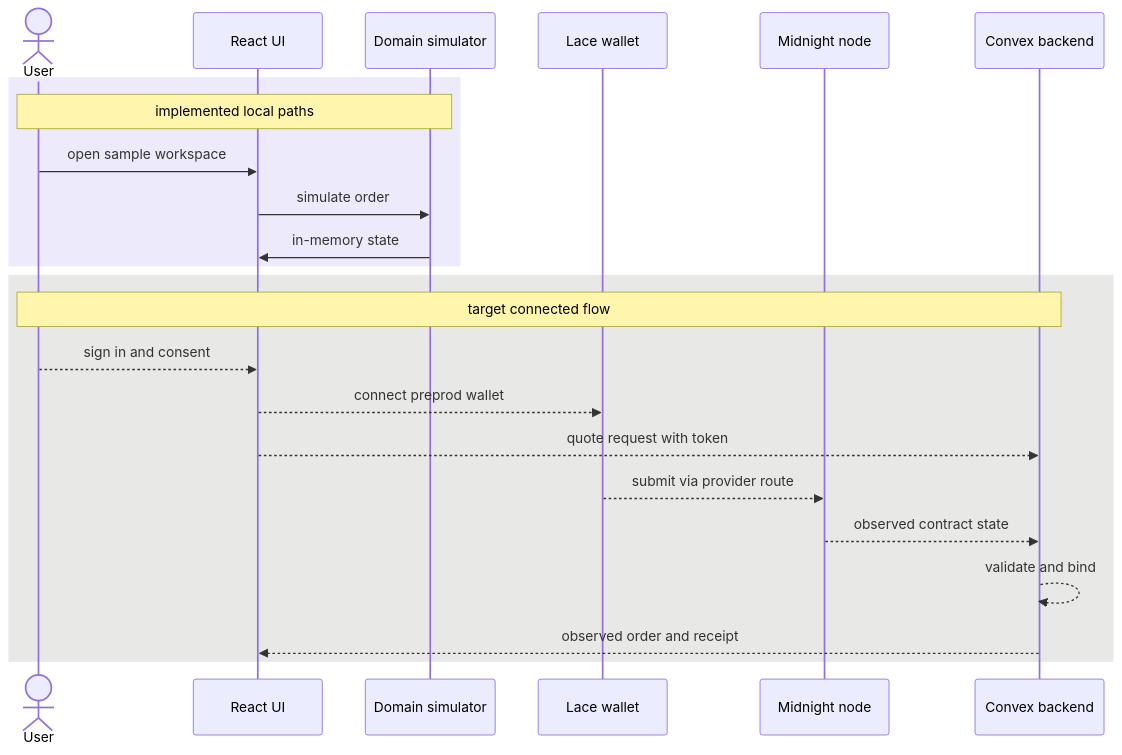
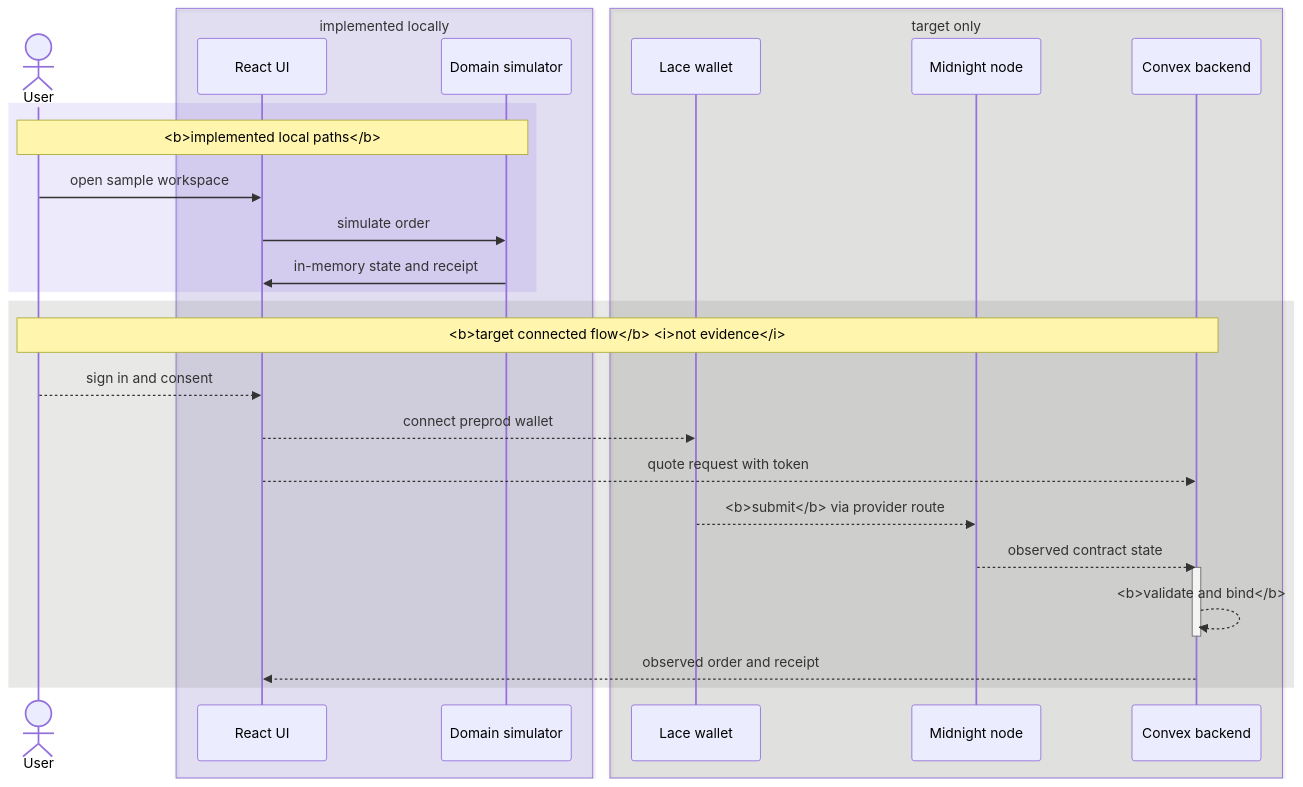
The diagram in README.md (symulacr/milo), drawn with Mermaid before and after one commit.

Commit message:
docs: add coloured zones, boxes and text styling to the sequence diagram
four colour zones now. two box bands wrap the participants per lane, and the
two rect blocks tint the message phases. boxes use rgba at 12 and 14 percent
so the theme background shows through and github keeps control of text colour.

text styling. bold marks the two phase notes and the validate and bind step.
italic marks the not evidence caveat. line breaks and bold both verified to
parse under github's antiscript security level at mermaid 11.17.2.

adds an activation bar on the admission binding step.

````diff
--- a/README.md
+++ b/README.md
@@ -38,29 +38,35 @@
 ```mermaid
 sequenceDiagram
     accTitle: Milo local and target paths
     accDescr: Solid arrows are implemented locally. Dashed arrows are the target flow.
 
     actor User
-    participant UI as React UI
-    participant Local as Domain simulator
-    participant Wallet as Lace wallet
-    participant Chain as Midnight node
-    participant API as Convex backend
+    box rgba(84, 52, 215, 0.12) implemented locally
+        participant UI as React UI
+        participant Local as Domain simulator
+    end
+    box rgba(92, 90, 87, 0.14) target only
+        participant Wallet as Lace wallet
+        participant Chain as Midnight node
+        participant API as Convex backend
+    end
 
     rect rgba(84, 52, 215, 0.10)
-        Note over User,Local: implemented local paths
+        Note over User,Local: <b>implemented local paths</b>
         User->>UI: open sample workspace
         UI->>Local: simulate order
-        Local->>UI: in-memory state
+        Local->>UI: in-memory state and receipt
     end
     rect rgba(92, 90, 87, 0.14)
-        Note over User,API: target connected flow
+        Note over User,API: <b>target connected flow</b> <i>not evidence</i>
         User-->>UI: sign in and consent
         UI-->>Wallet: connect preprod wallet
         UI-->>API: quote request with token
-        Wallet-->>Chain: submit via provider route
+        Wallet-->>Chain: <b>submit</b> via provider route
         Chain-->>API: observed contract state
-        API-->>API: validate and bind
+        activate API
+        API-->>API: <b>validate and bind</b>
+        deactivate API
         API-->>UI: observed order and receipt
     end
 ```
````
